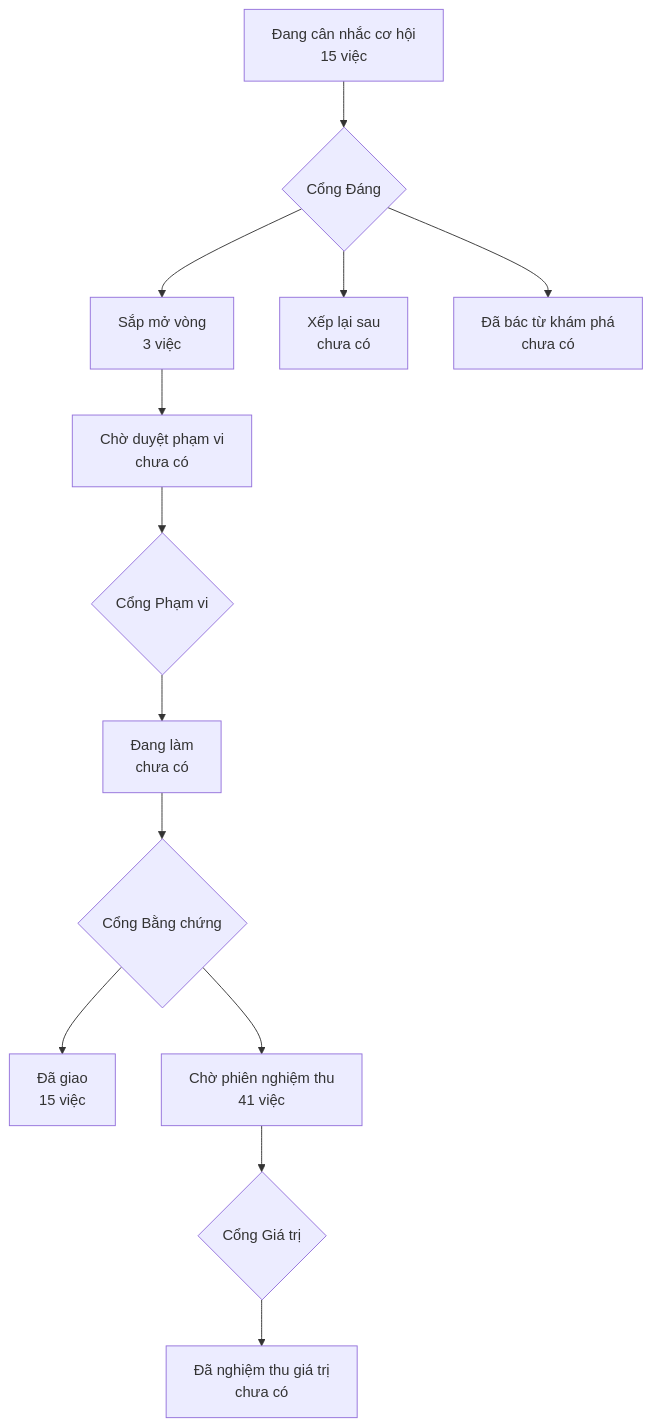
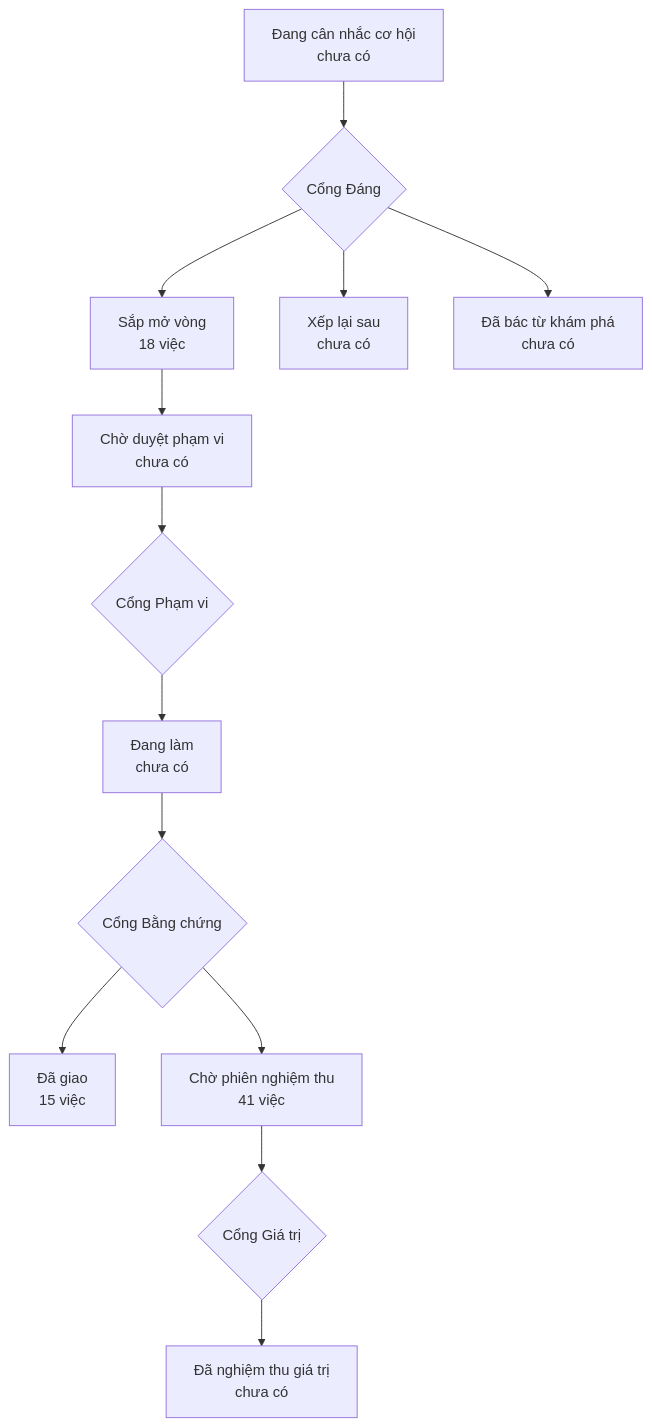
Before and after one commit to phanlemanh/onehub-quy-hang: the diagram in PRODUCT-MAP.md, drawn with Mermaid. The commit also changed other lines of this file and 17 other files, not shown here.

First line of the commit message:
chore(dieu-phoi): Cổng Đáng 22 hàng đợt dau-khach-nhap — tất cả build

````diff
--- a/PRODUCT-MAP.md
+++ b/PRODUCT-MAP.md
@@ -7,12 +7,12 @@
 ```mermaid
 flowchart TD
-  A["Đang cân nhắc cơ hội<br/>15 việc"] --> GD{"Cổng Đáng"}
-  GD --> B["Sắp mở vòng<br/>3 việc"]
+  A["Đang cân nhắc cơ hội<br/>chưa có"] --> GD{"Cổng Đáng"}
+  GD --> B["Sắp mở vòng<br/>18 việc"]
   GD --> XL["Xếp lại sau<br/>chưa có"]
   GD --> DB["Đã bác từ khám phá<br/>chưa có"]
   B --> CD["Chờ duyệt phạm vi<br/>chưa có"] --> GP{"Cổng Phạm vi"}
   GP --> DL["Đang làm<br/>chưa có"] --> GB{"Cổng Bằng chứng"}
   GB --> DG["Đã giao<br/>15 việc"]
   GB --> CN["Chờ phiên nghiệm thu<br/>41 việc"] --> GG{"Cổng Giá trị"}
   GG --> NT["Đã nghiệm thu giá trị<br/>chưa có"]
 ```
````
